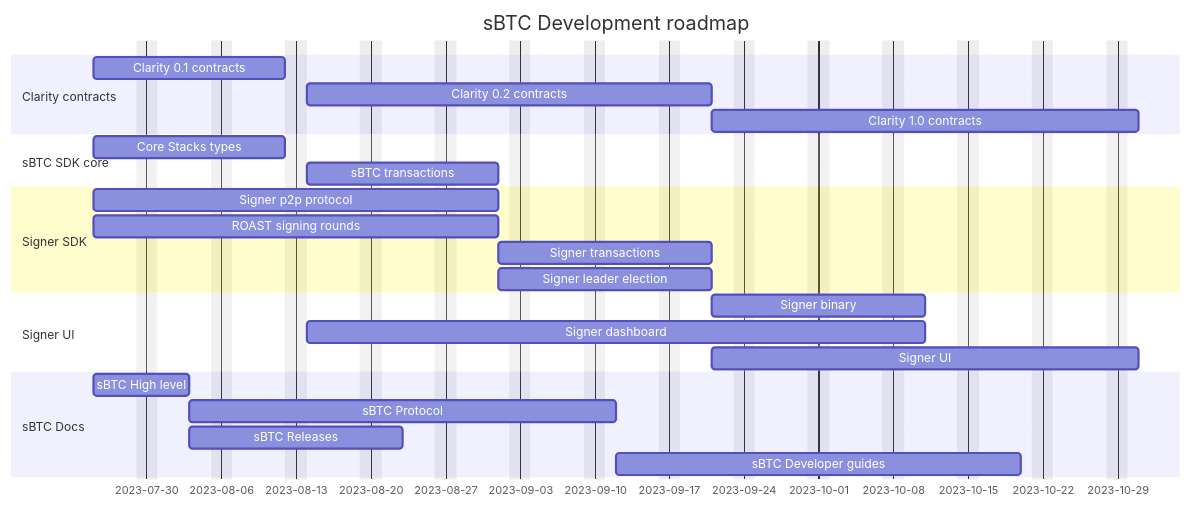
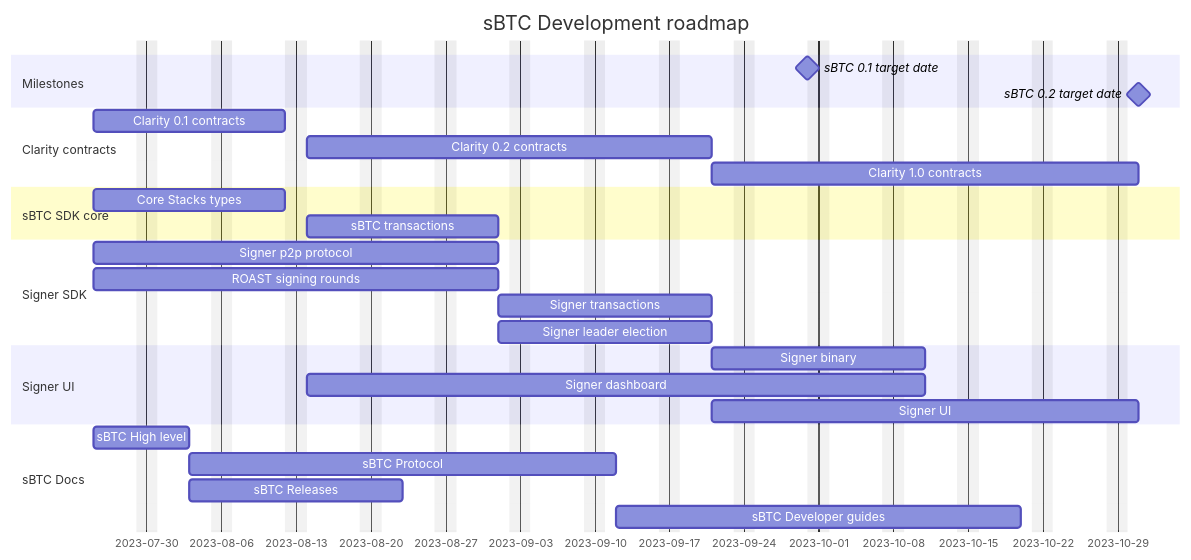
Before and after one commit to stacks-network/sbtc-docs: the diagram in src/sbtc-roadmap.md, drawn with Mermaid. The commit also changed other lines of this file, not shown here.

Commit message:
feat: Update structure and intro to tech roadmap

````diff
--- a/src/sbtc-roadmap.md
+++ b/src/sbtc-roadmap.md
@@ -5,34 +5,38 @@
 ```mermaid
 gantt
     dateFormat  YYYY-MM-DD
     title       sBTC Development roadmap
     excludes    weekends
     %% (`excludes` accepts specific dates in YYYY-MM-DD format, days of the week ("sunday") or "weekends", but not the word "weekdays".)
+
+    section Milestones
+    sBTC 0.1 target date      : milestone, 2023-09-30, 0d
+    sBTC 0.2 target date      : milestone, 2023-10-31, 0d
 
     section Clarity contracts
     Clarity 0.1 contracts        : clar1, 2023-07-25, 2w
     Clarity 0.2 contracts        : clar2, after clar1, 4w
     Clarity 1.0 contracts        : clar3, after clar2, 4w
 
     section sBTC SDK core
     Core Stacks types              : sdk1, 2023-07-25, 2w
     sBTC transactions              : sdk2, after sdk1, 2w
 
     section Signer SDK
     Signer p2p protocol     : sign1, 2023-07-25, 4w
     ROAST signing rounds    : sign2, 2023-07-25, 4w
     Signer transactions     : sign3, after sdk2, 2w
     Signer leader election  : sign4, after sign1, 2w
 
     section Signer UI
     Signer binary            : sign5, after sign3, 2w
     Signer dashboard         : sign6, after clar1, 6w
     Signer UI                : sign7, after sign3, 4w
 
     section sBTC Docs
     sBTC High level            : doc1, 2023-07-25, 1w
     sBTC Protocol              : doc2, after doc1, 4w
     sBTC Releases              : doc3, after doc1, 2w
     sBTC Developer guides      : doc3, after doc2, 4w
   
 ```
````
